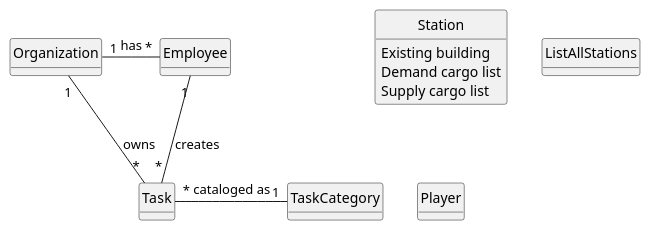
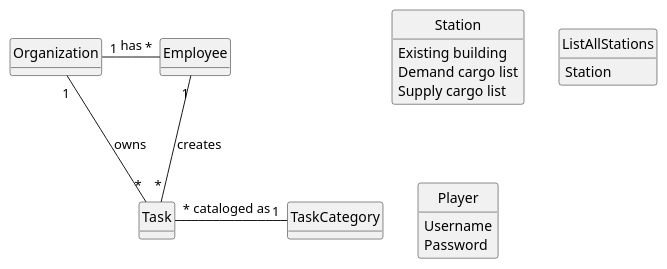
One commit to bruno-monteiro5/sem2-pi-24.25-g132-repo changed the diagram in docs/system-documentation/US007/02.analysis/puml/US007-DM.puml. Above: the diagram before and after it, drawn with PlantUML. The commit also changed 2 other files, not shown here.

Commit message:
US003 analyses diagram

```diff
--- a/docs/system-documentation/US007/02.analysis/puml/US007-DM.puml
+++ b/docs/system-documentation/US007/02.analysis/puml/US007-DM.puml
@@ -1,39 +1,40 @@
 @startuml
 skinparam monochrome true
 skinparam packageStyle rectangle
 skinparam shadowing false
 
 'left to right direction
 
 skinparam classAttributeIconSize 0
 
 hide circle
 hide methods
 
 'title Domain Model
 
 class Station {
     Existing building
     Demand cargo list
     Supply cargo list
 
 }
 
 class ListAllStations {
-
+    Station
 }
 
 class Player {
-
+    Username
+    Password
 }
 
 
 
 Organization "1" - "*" Employee : has
 Organization "1" - "*" Task: owns
 
 Employee "1" -- "*" Task : creates
 
 Task "*" - "1" TaskCategory: cataloged as
 
 @enduml
```
